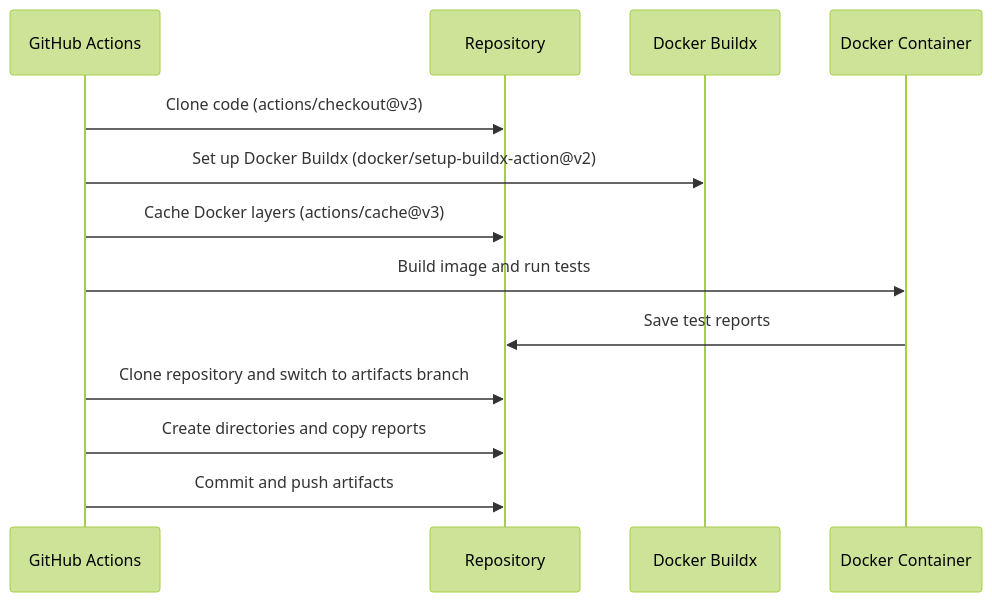
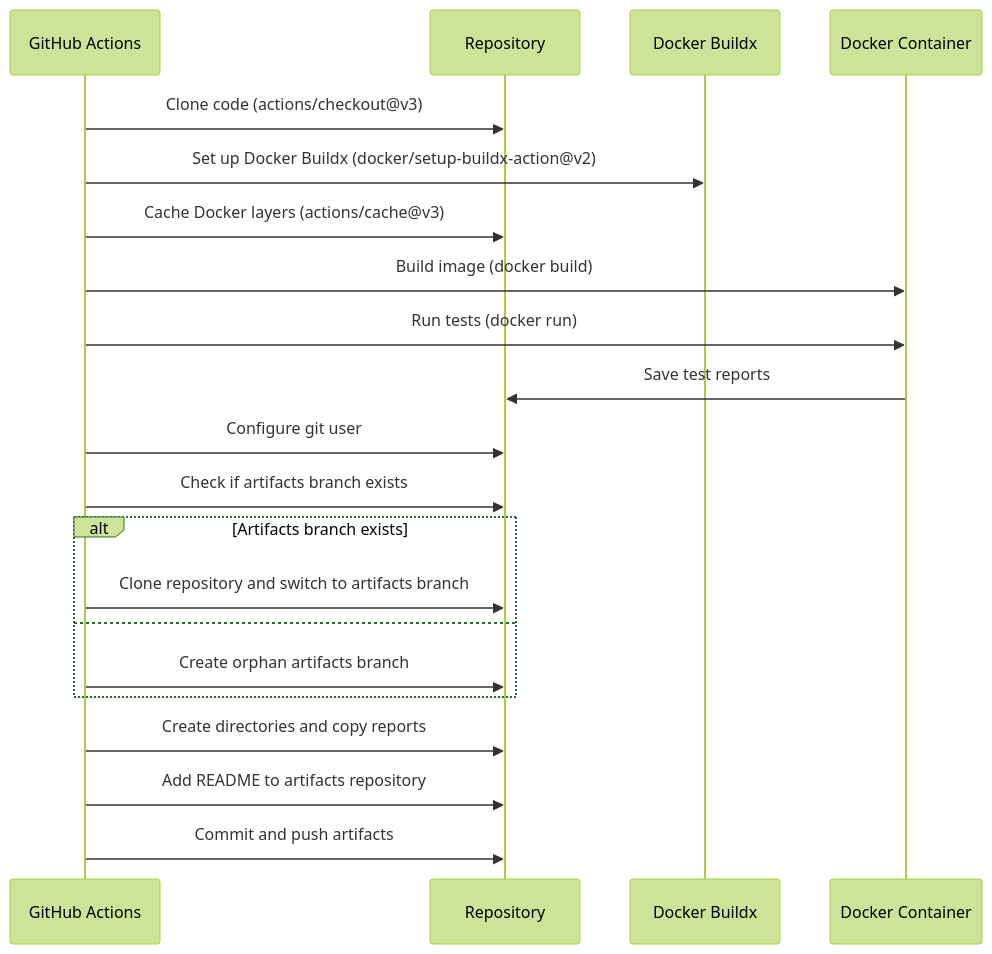
The diagram in README.md (ronihdzz/test-action), drawn with Mermaid (forest theme) before and after one commit. The commit also changed other lines of this file and 1 other file, not shown here.

First line of the commit message:
feat: Allow specifying artifacts branch and Dockerfile path

````diff
--- a/README.md
+++ b/README.md
@@ -35,16 +30,24 @@
 ```mermaid
 sequenceDiagram
     participant GitHub Actions
     participant Repository
     participant Docker Buildx
     participant Docker Container
 
     GitHub Actions->>Repository: Clone code (actions/checkout@v3)
     GitHub Actions->>Docker Buildx: Set up Docker Buildx (docker/setup-buildx-action@v2)
     GitHub Actions->>Repository: Cache Docker layers (actions/cache@v3)
-    GitHub Actions->>Docker Container: Build image and run tests
+    GitHub Actions->>Docker Container: Build image (docker build)
+    GitHub Actions->>Docker Container: Run tests (docker run)
     Docker Container->>Repository: Save test reports
-    GitHub Actions->>Repository: Clone repository and switch to artifacts branch
+    GitHub Actions->>Repository: Configure git user
+    GitHub Actions->>Repository: Check if artifacts branch exists
+    alt Artifacts branch exists
+        GitHub Actions->>Repository: Clone repository and switch to artifacts branch
+    else
+        GitHub Actions->>Repository: Create orphan artifacts branch
+    end
     GitHub Actions->>Repository: Create directories and copy reports
+    GitHub Actions->>Repository: Add README to artifacts repository
     GitHub Actions->>Repository: Commit and push artifacts
 ```
````
